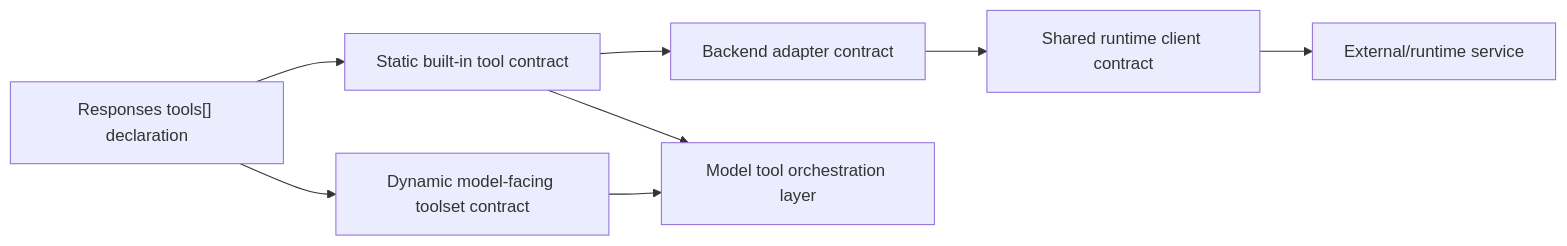
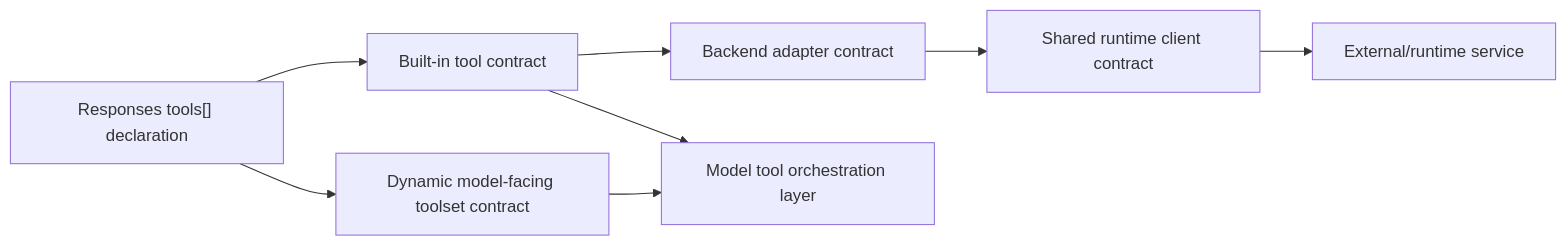
The diagram in docs/adr/ADR-03_gateway_owned_tool_interfaces.md (EmbeddedLLM/agentic-api), drawn with Mermaid before and after one commit. The commit also changed other lines of this file, not shown here.

````diff
--- a/docs/adr/ADR-03_gateway_owned_tool_interfaces.md
+++ b/docs/adr/ADR-03_gateway_owned_tool_interfaces.md
@@ -72,18 +86,18 @@
 ```mermaid
 flowchart LR
     Request["Responses tools[] declaration"]
-    Static["Static built-in tool contract"]
+    BuiltIn["Built-in tool contract"]
     Dynamic["Dynamic model-facing toolset contract"]
     Backend["Backend adapter contract"]
     Runtime["Shared runtime client contract"]
     Agent["Model tool orchestration layer"]
     Service["External/runtime service"]
 
-    Request --> Static
+    Request --> BuiltIn
     Request --> Dynamic
-    Static --> Agent
+    BuiltIn --> Agent
     Dynamic --> Agent
-    Static --> Backend
+    BuiltIn --> Backend
     Backend --> Runtime
     Runtime --> Service
 ```
````
